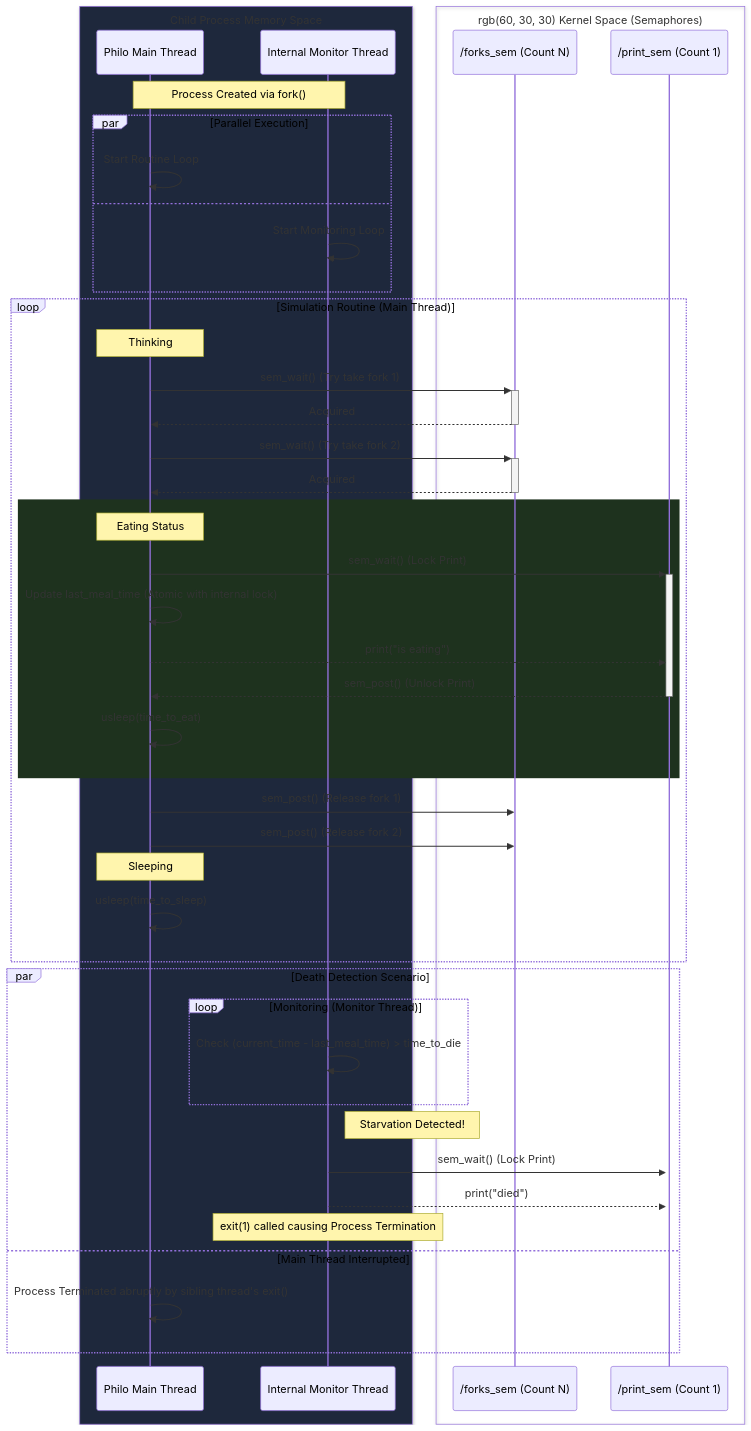
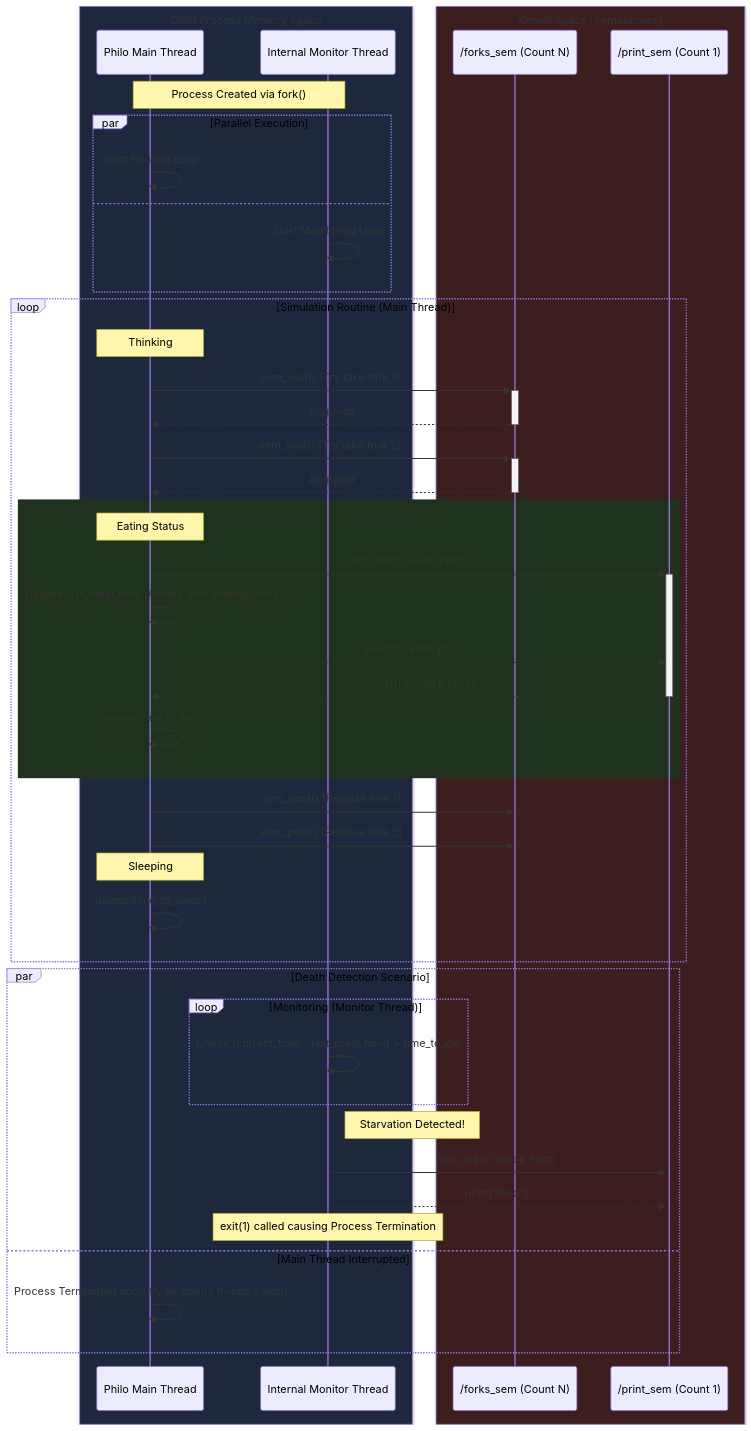
Before and after one commit to jipoman550/42cursus: the fourth of 4 diagrams in philosopher/README.md, drawn with Mermaid.

Commit message:
[philo] docs(README): fix mermaid code in sequence diagram in bonus part

````diff
--- a/philosopher/README.md
+++ b/philosopher/README.md
@@ -158,55 +158,55 @@
 ```mermaid
 sequenceDiagram
 	box rgb(30, 40, 60) Child Process Memory Space
     participant P as Philo Main Thread
     participant M as Internal Monitor Thread
     end
-    box rgb(60, 30, 30) Kernel Space (Semaphores)
+	box rgb(60, 30, 30) Kernel Space [Semaphores]
     participant SF as /forks_sem (Count N)
     participant SP as /print_sem (Count 1)
     end
 
     Note over P, M: Process Created via fork()
 
     par Parallel Execution
         P->>P: Start Routine Loop
     and
         M->>M: Start Monitoring Loop
     end
 
     loop Simulation Routine (Main Thread)
         Note over P: Thinking
 
         P->>+SF: sem_wait() (Try take fork 1)
         SF-->>-P: Acquired
         P->>+SF: sem_wait() (Try take fork 2)
         SF-->>-P: Acquired
 
         rect rgb(30, 50, 30)
             Note over P: Eating Status
             P->>+SP: sem_wait() (Lock Print)
             P->>P: Update last_meal_time (Atomic with internal lock)
             P-->>SP: print("is eating")
             SP-->>-P: sem_post() (Unlock Print)
             P->>P: usleep(time_to_eat)
         end
 
         P->>SF: sem_post() (Release fork 1)
         P->>SF: sem_post() (Release fork 2)
 
         Note over P: Sleeping
         P->>P: usleep(time_to_sleep)
     end
 
     par Death Detection Scenario
         loop Monitoring (Monitor Thread)
             M->>M: Check (current_time - last_meal_time) > time_to_die
         end
         Note right of M: Starvation Detected!
         M->>+SP: sem_wait() (Lock Print)
         M-->>SP: print("died")
         Note over M: exit(1) called causing Process Termination
     and Main Thread Interrupted
         P->>P: Process Terminated abruptly by sibling thread's exit()
     end
 ```
````
